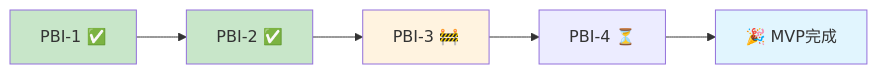
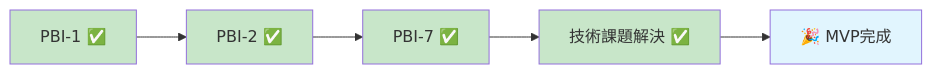
One commit to ak-nagae/sideVar changed the ninth of 9 diagrams in docs/PROGRESS_REPORT.md. Above: the diagram before and after it, drawn with Mermaid. The commit also changed other lines of this file and 1 other file, not shown here.

Commit message:
📝  PBI-11を高度なUI機能強化に変更し、受け入れ基準を追加。

````diff
--- a/docs/PROGRESS_REPORT.md
+++ b/docs/PROGRESS_REPORT.md
@@ -247,12 +250,13 @@
 ```mermaid
 graph LR
     A[PBI-1 ✅] --> B[PBI-2 ✅]
-    B --> C[PBI-3 🚧]
-    C --> D[PBI-4 ⏳]
+    B --> C[PBI-7 ✅]
+    C --> D[技術課題解決 ✅]
     D --> E[🎉 MVP完成]
     
     style A fill:#c8e6c9
     style B fill:#c8e6c9
-    style C fill:#fff3e0
+    style C fill:#c8e6c9
+    style D fill:#c8e6c9
     style E fill:#e1f5fe
 ```
````
